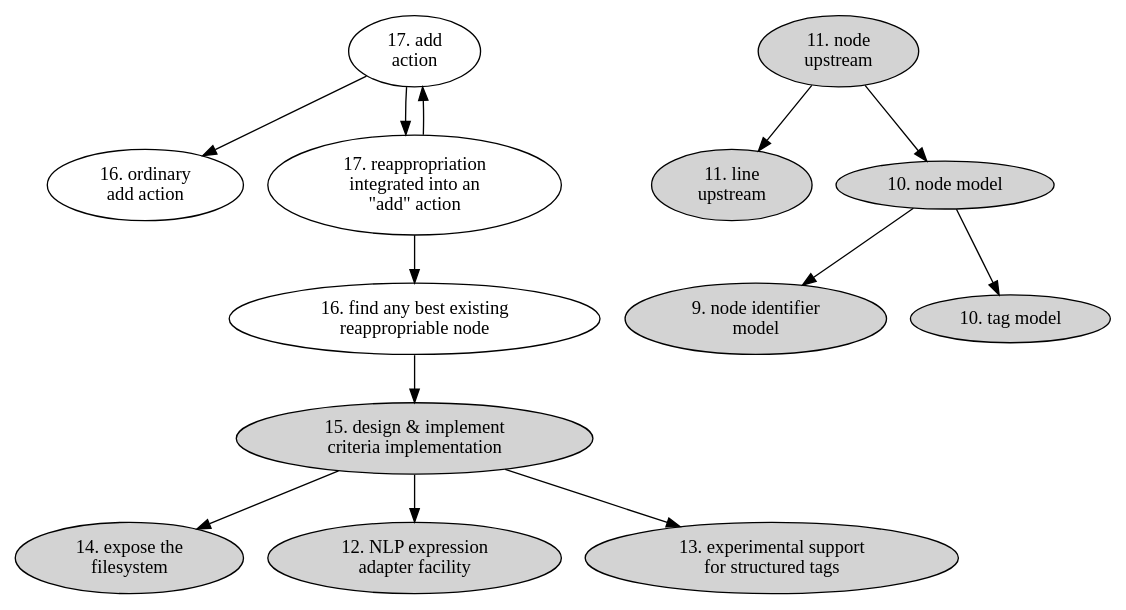
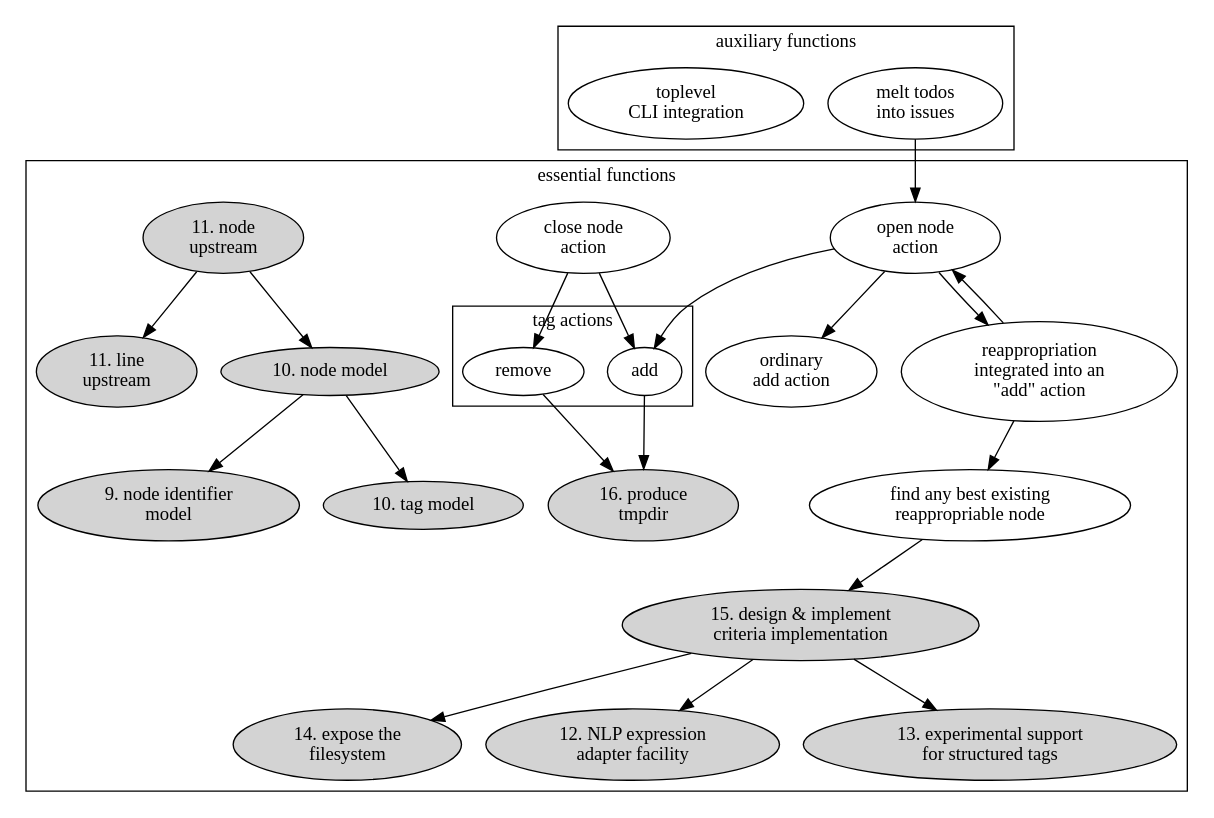
Before and after one commit to hipe/tmx: the diagram in lib/skylab/snag/doc/issues/038/component-digraph.dot, drawn with Graphviz. The commit also changed other lines of this file and 9 other files, not shown here.

```diff
--- a/lib/skylab/snag/doc/issues/038/component-digraph.dot
+++ b/lib/skylab/snag/doc/issues/038/component-digraph.dot
@@ -1,33 +1,65 @@
 digraph {
 
-  aa [label="17. add\naction" ]
+subgraph cluster_main {
+
+  label="essential functions"
+
+  subgraph cluster_tag_actions {
+    label="tag actions"
+    ta [label="add" ]
+    tr [label="remove"]
+  }
+
+
+  aa [label="open node\naction" ]
+  ca [label="close node\naction" ]
   de [label="15. design & implement\ncriteria implementation" style=filled]
   FS [label="14. expose the\nfilesystem" style=filled]
   line_upstream [label="11. line\nupstream" style=filled]
   NLP_experiment [label="12. NLP expression\nadapter facility" style=filled]
   node_identifier_model [label="9. node identifier\nmodel" style=filled]
   node_model [label="10. node model" style=filled]
   node_upstream [label="11. node\nupstream" style=filled]
-  oaa [label="16. ordinary\nadd action"]
-  rea [label="17. reappropriation\nintegrated into an\n\"add\" action" ]
-  rea_actor [label="16. find any best existing\nreappropriable node" ]
+  oaa [label="ordinary\nadd action"]
+  rea [label="reappropriation\nintegrated into an\n\"add\" action" ]
+  rea_actor [label="find any best existing\nreappropriable node" ]
   stru [label="13. experimental support\nfor structured tags" style=filled]
   tag_model [label="10. tag model" style=filled]
+  tmpdir [label="16. produce\ntmpdir" style=filled]
 
   aa->rea
+  aa->ta
+
+  ca->tr
+  ca->ta
+
   rea->aa
   aa->oaa
   rea->rea_actor
 
   rea_actor->de
   de->NLP_experiment
   de->FS
   de->stru
 
   node_upstream -> line_upstream
   node_upstream -> node_model
 
   node_model -> node_identifier_model
   node_model -> tag_model
 
+  tr->tmpdir
+  ta->tmpdir
+
 }
+
+
+subgraph cluster_after {
+
+  label="auxiliary functions"
+  melt [label="melt todos\ninto issues"]
+  top_cli [label="toplevel\nCLI integration"]
+}
+
+melt->aa
+}
```
